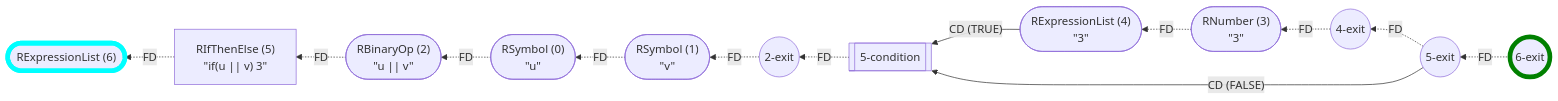
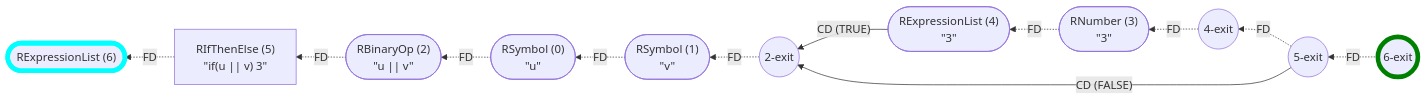
One commit to flowr-analysis/flowr changed the third of 23 diagrams in wiki/Control Flow Graph.md. Above: the diagram before and after it, drawn with Mermaid. The commit also changed other lines of this file and 2 other files, not shown here.

````diff
--- a/wiki/Control Flow Graph.md
+++ b/wiki/Control Flow Graph.md
@@ -169,34 +167,32 @@
 ```mermaid
 flowchart RL
     n6(["`RExpressionList (6)`"])
     n5["`RIfThenElse (5)
 #34;if(u || v) 3#34;`"]
-    n5-condition[[5-condition]]
     n5-exit((5-exit))
     n0(["`RSymbol (0)
 #34;u#34;`"])
     n1(["`RSymbol (1)
 #34;v#34;`"])
     n2(["`RBinaryOp (2)
 #34;u || v#34;`"])
     n2-exit((2-exit))
     n4(["`RExpressionList (4)
 #34;3#34;`"])
     n3(["`RNumber (3)
 #34;3#34;`"])
     n4-exit((4-exit))
     n6-exit((6-exit))
     n5 -.->|"FD"| n6
     n1 -.->|"FD"| n0
     n0 -.->|"FD"| n2
     n2-exit -.->|"FD"| n1
     n3 -.->|"FD"| n4
     n4-exit -.->|"FD"| n3
-    n5-condition -.->|"FD"| n2-exit
-    n4 -->|"CD (TRUE)"| n5-condition
+    n4 -->|"CD (TRUE)"| n2-exit
     n2 -.->|"FD"| n5
     n5-exit -.->|"FD"| n4-exit
-    n5-exit -->|"CD (FALSE)"| n5-condition
+    n5-exit -->|"CD (FALSE)"| n2-exit
     n6-exit -.->|"FD"| n5-exit
     style n6 stroke:cyan,stroke-width:6.5px;    style n6-exit stroke:green,stroke-width:6.5px;
 ```
````
